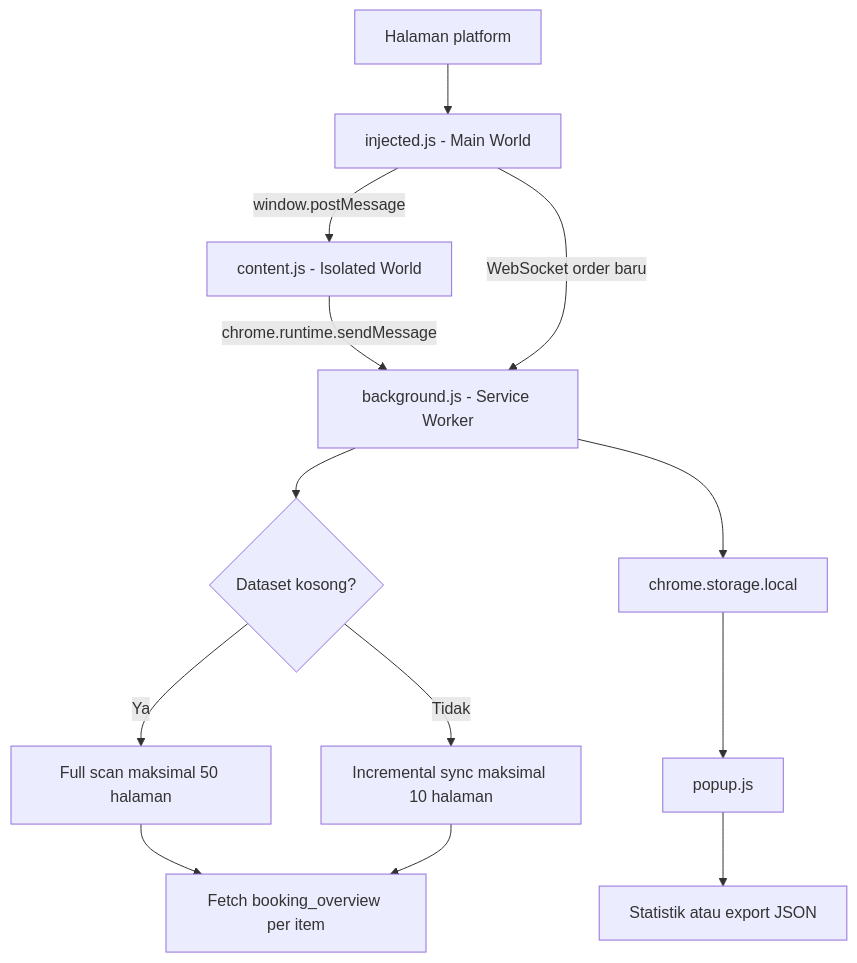
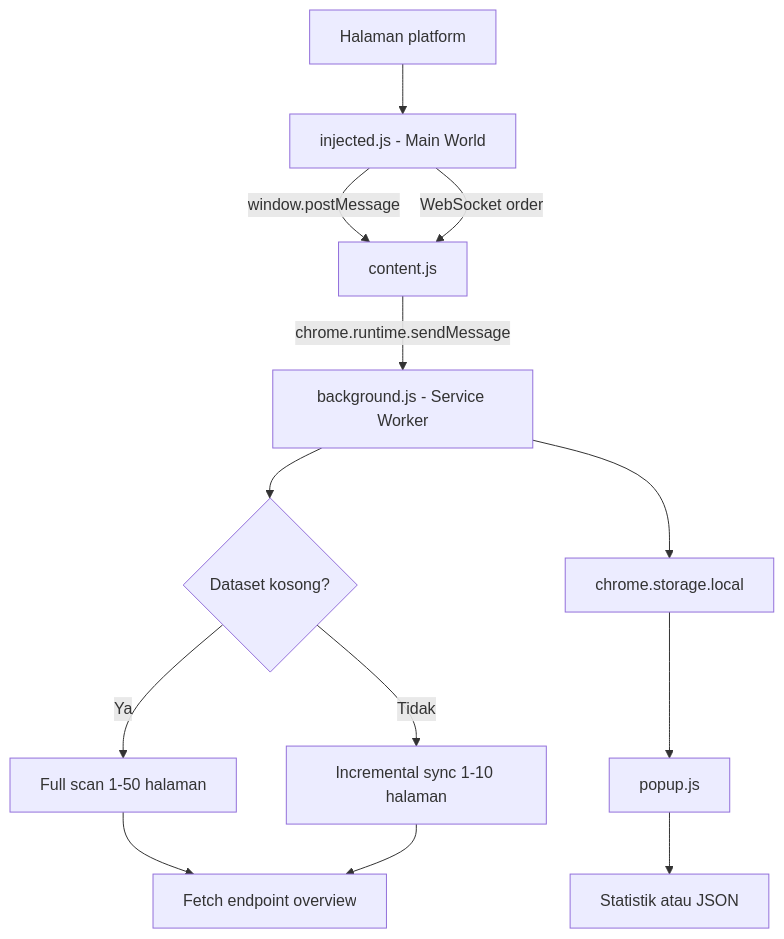
The diagram in README.md (soalehj/Booking-Scraper-Extension), drawn with Mermaid before and after one commit. The commit also changed other lines of this file and 3 other files, not shown here.

````diff
--- a/README.md
+++ b/README.md
@@ -93,15 +59,15 @@
 ```mermaid
 flowchart TD
     A[Halaman platform] --> B[injected.js - Main World]
-    B -->|window.postMessage| C[content.js - Isolated World]
+    B -->|window.postMessage| C[content.js]
     C -->|chrome.runtime.sendMessage| D[background.js - Service Worker]
     D --> E{Dataset kosong?}
-    E -->|Ya| F[Full scan maksimal 50 halaman]
-    E -->|Tidak| G[Incremental sync maksimal 10 halaman]
-    B -->|WebSocket order baru| D
-    F --> H[Fetch booking_overview per item]
+    E -->|Ya| F[Full scan 1-50 halaman]
+    E -->|Tidak| G[Incremental sync 1-10 halaman]
+    B -->|WebSocket order| C
+    F --> H[Fetch endpoint overview]
     G --> H
     D --> I[chrome.storage.local]
     I --> J[popup.js]
-    J --> K[Statistik atau export JSON]
+    J --> K[Statistik atau JSON]
 ```
````
